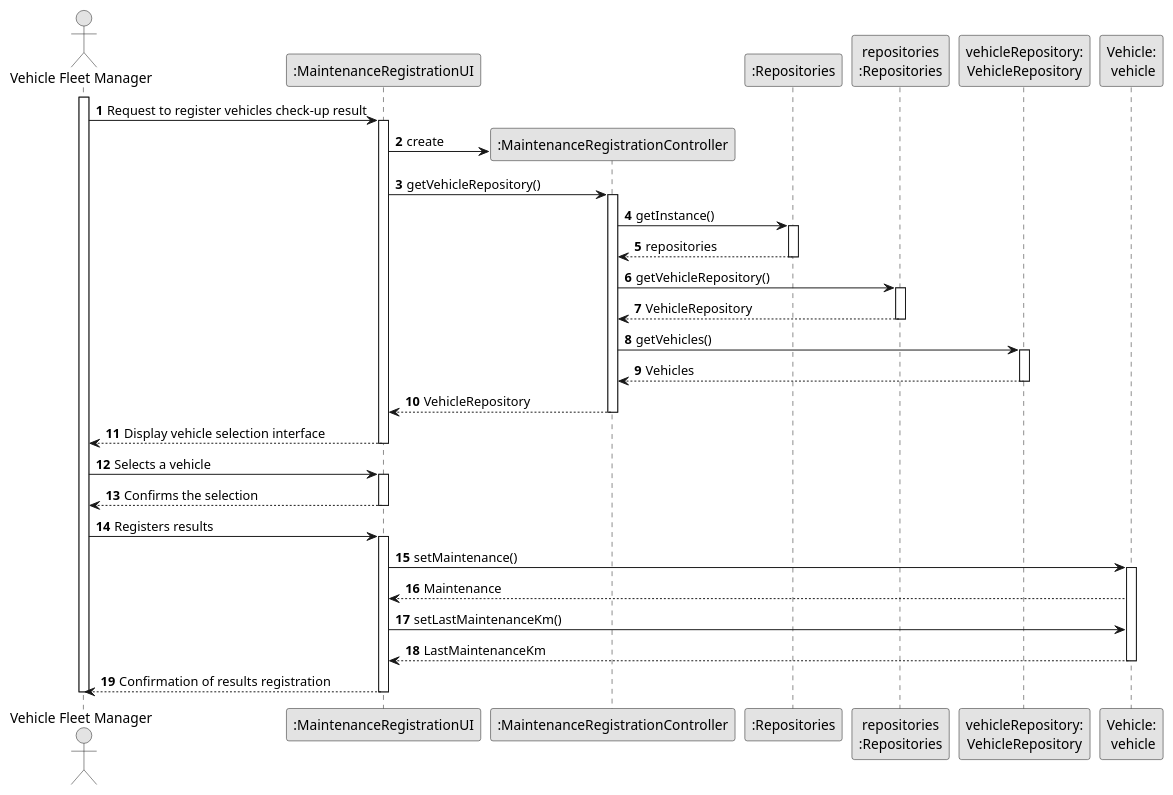
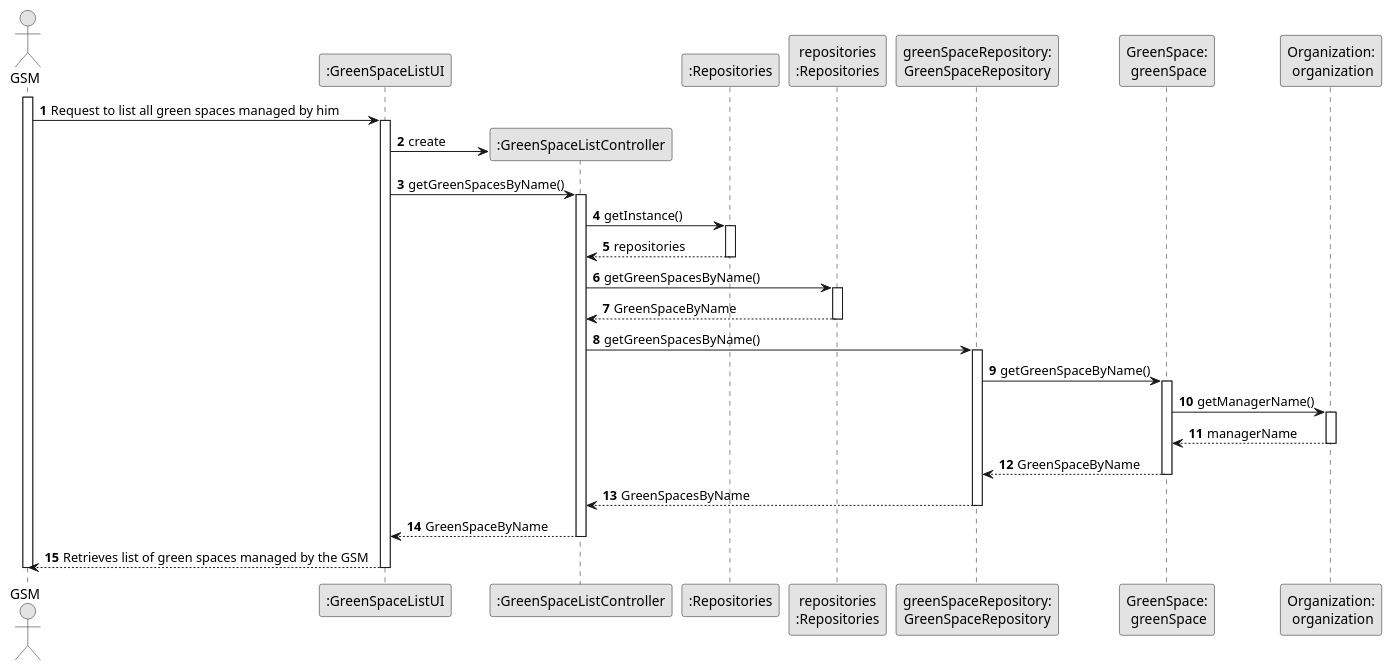
One commit to Departamento-de-Engenharia-Informatica/lei-24-s2-1df-1de-g063 changed the diagram in docs/SprintC/us007/03.design/puml/us007-sequence-diagram-full.puml. Above: the diagram before and after it, drawn with PlantUML. The commit also changed 25 other files, not shown here.

```diff
--- a/docs/SprintC/us007/03.design/puml/us007-sequence-diagram-full.puml
+++ b/docs/SprintC/us007/03.design/puml/us007-sequence-diagram-full.puml
@@ -1,77 +1,67 @@
 @startuml
 skinparam monochrome true
 skinparam packageStyle rectangle
 skinparam shadowing false
 
 autonumber
 
 'hide footbox
-actor "Vehicle Fleet Manager" as ADM
-participant ":MaintenanceRegistrationUI" as UI
-participant ":MaintenanceRegistrationController" as CTRL
+actor "GSM" as ADM
+participant ":GreenSpaceListUI" as UI
+participant ":GreenSpaceListController" as CTRL
 participant ":Repositories" as RepositorySingleton
 participant "repositories\n:Repositories" as PLAT
-participant "vehicleRepository:\nVehicleRepository" as VehicleRepository
-participant "Vehicle:\n vehicle" as Vehicle
+participant "greenSpaceRepository:\nGreenSpaceRepository" as GreenSpaceRepository
+participant "GreenSpace:\n greenSpace" as GreenSpace
+participant "Organization:\n organization" as Organization
 activate ADM
 
-    ADM -> UI : Request to register vehicles check-up result
+    ADM -> UI : Request to list all green spaces managed by him
 
     activate UI
 
         UI -> CTRL** : create
 
-        UI -> CTRL : getVehicleRepository()
+        UI -> CTRL : getGreenSpacesByName()
         activate CTRL
 
             CTRL -> RepositorySingleton : getInstance()
             activate RepositorySingleton
 
                 RepositorySingleton --> CTRL: repositories
             deactivate RepositorySingleton
 
-            CTRL -> PLAT : getVehicleRepository()
+            CTRL -> PLAT : getGreenSpacesByName()
             activate PLAT
 
-                PLAT --> CTRL: VehicleRepository
+                PLAT --> CTRL: GreenSpaceByName
             deactivate PLAT
 
-            CTRL -> VehicleRepository : getVehicles()
-            activate VehicleRepository
+            CTRL -> GreenSpaceRepository : getGreenSpacesByName()
+            activate GreenSpaceRepository
 
-                VehicleRepository --> CTRL : Vehicles
-            deactivate VehicleRepository
+                GreenSpaceRepository -> GreenSpace: getGreenSpaceByName()
+                activate GreenSpace
+
+                    GreenSpace -> Organization: getManagerName()
+                    activate Organization
+
+                        Organization --> GreenSpace: managerName
+                    deactivate Organization
+
+                    GreenSpace --> GreenSpaceRepository : GreenSpaceByName
+                deactivate GreenSpace
+                GreenSpaceRepository --> CTRL : GreenSpacesByName
+            deactivate GreenSpaceRepository
 
 
-            CTRL --> UI : VehicleRepository
+            CTRL --> UI : GreenSpaceByName
         deactivate CTRL
 
-        UI --> ADM : Display vehicle selection interface
+        UI --> ADM : Retrieves list of green spaces managed by the GSM
     deactivate UI
-
-    ADM -> UI : Selects a vehicle
-    activate UI
-
-        UI --> ADM :Confirms the selection
-    deactivate UI
-
-    ADM -> UI : Registers results
-    activate UI
-
-        UI -> Vehicle : setMaintenance()
-        activate Vehicle
-
-        Vehicle --> UI : Maintenance
-
-        UI -> Vehicle : setLastMaintenanceKm()
-
-        Vehicle --> UI : LastMaintenanceKm
-        deactivate Vehicle
-        UI --> ADM : Confirmation of results registration
-    deactivate UI
-
 
 
 deactivate ADM
 
 @enduml
```
